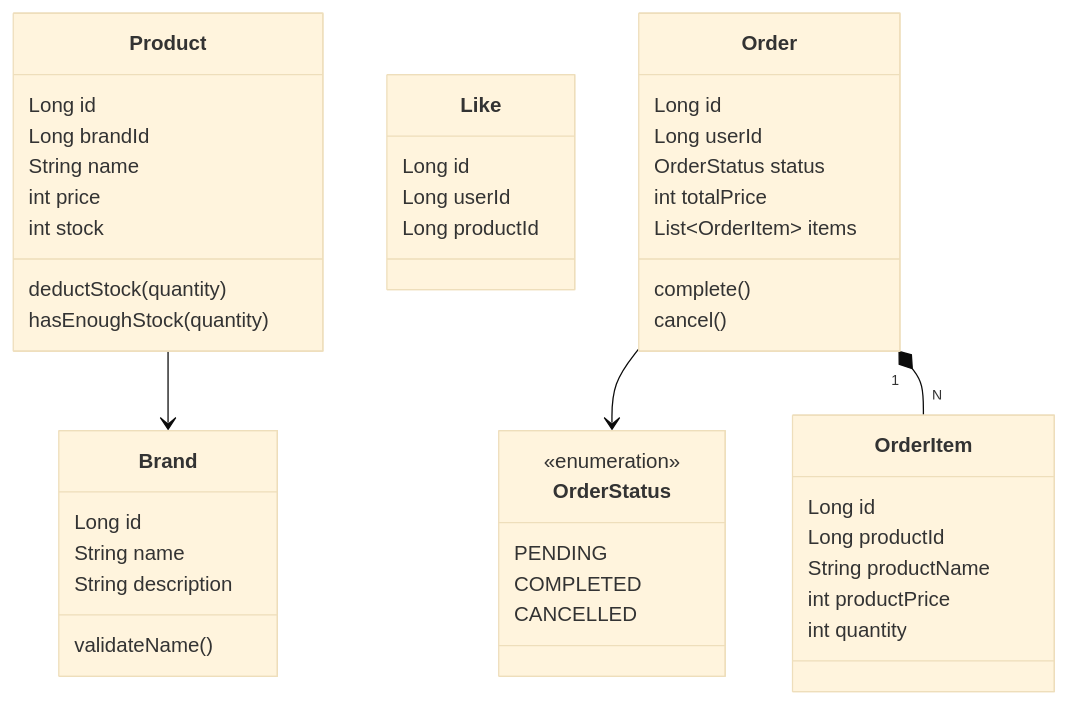
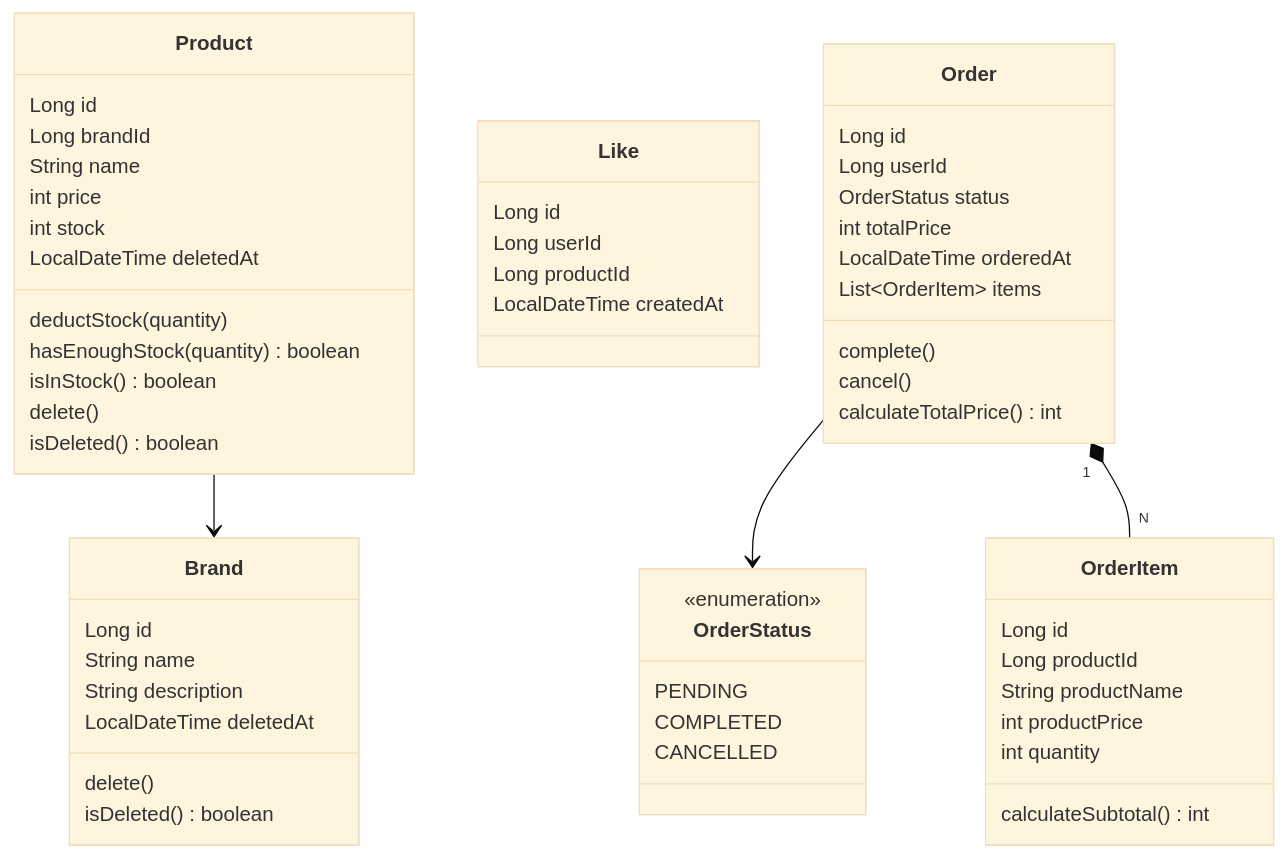
The first of 2 diagrams in docs/week2/03-class-diagram.md (loopers-labs/loop-pack-be-l2-vol4-java), drawn with Mermaid (base theme) before and after one commit. The commit also changed other lines of this file and 4 other files, not shown here.

````diff
--- a/docs/week2/03-class-diagram.md
+++ b/docs/week2/03-class-diagram.md
@@ -5,54 +7,64 @@
 ```mermaid
 classDiagram
     class Brand {
         Long id
         String name
         String description
-        validateName()
+        LocalDateTime deletedAt
+        delete()
+        isDeleted() boolean
     }
 
     class Product {
         Long id
         Long brandId
         String name
         int price
         int stock
+        LocalDateTime deletedAt
         deductStock(quantity)
-        hasEnoughStock(quantity)
+        hasEnoughStock(quantity) boolean
+        isInStock() boolean
+        delete()
+        isDeleted() boolean
     }
 
     class Like {
         Long id
         Long userId
         Long productId
+        LocalDateTime createdAt
     }
 
     class Order {
         Long id
         Long userId
         OrderStatus status
         int totalPrice
+        LocalDateTime orderedAt
         List~OrderItem~ items
         complete()
         cancel()
+        calculateTotalPrice() int
     }
 
     class OrderItem {
         Long id
         Long productId
         String productName
         int productPrice
         int quantity
+        calculateSubtotal() int
     }
 
     class OrderStatus {
         <<enumeration>>
         PENDING
         COMPLETED
         CANCELLED
     }
 
     Order --> OrderStatus
     Order "1" *-- "N" OrderItem
     Product --> Brand
 ```
````
